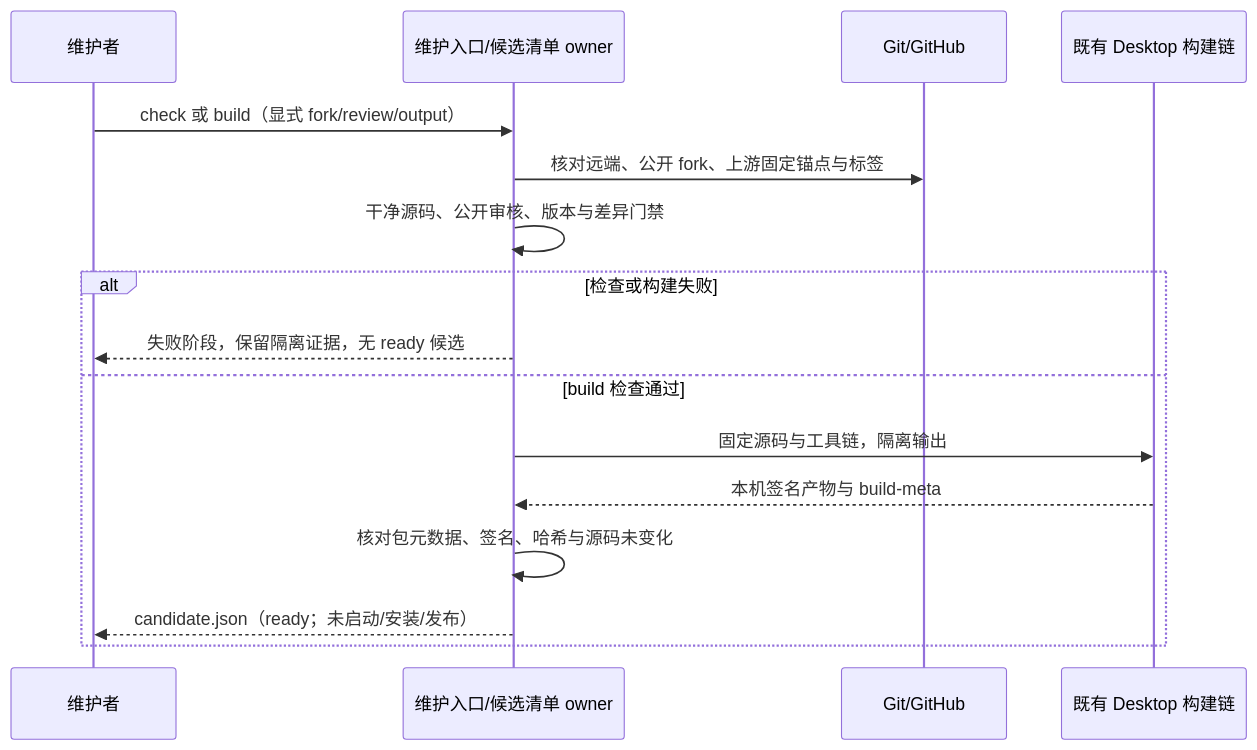
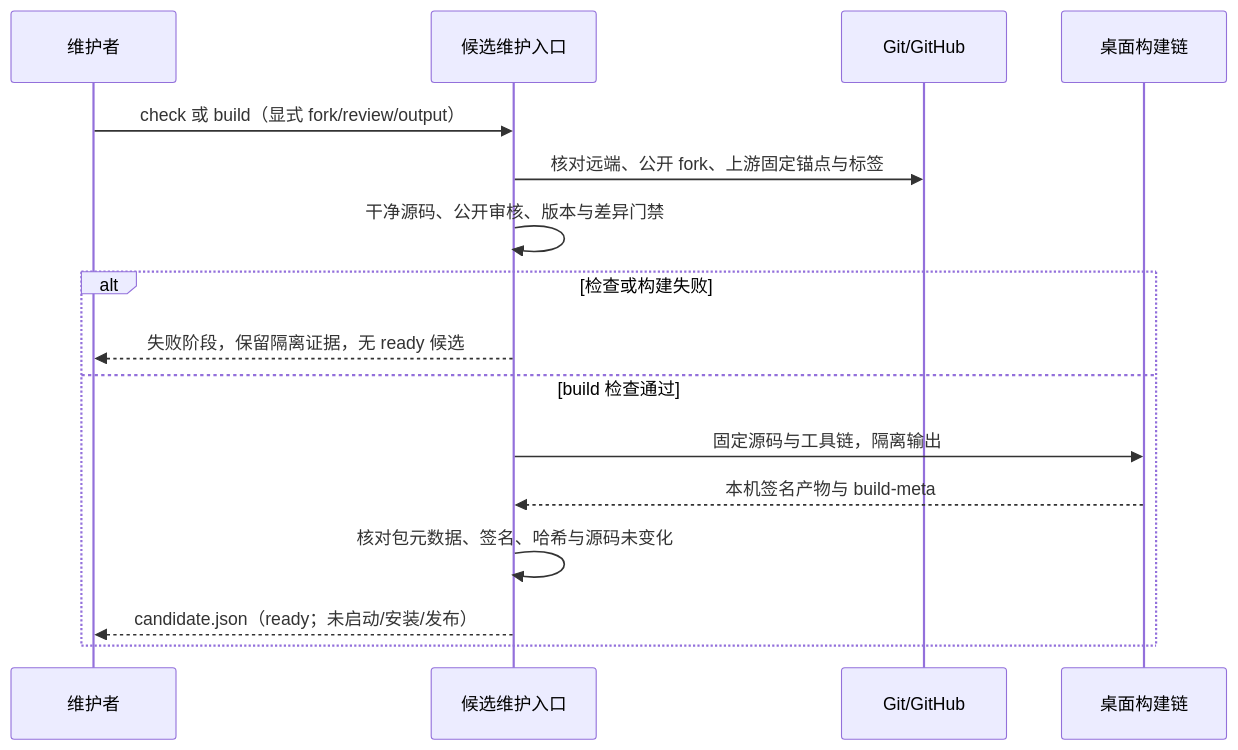
One commit to dengdz/ZCode changed the diagram in docs/issues/zcode-local/14-versioned-candidates.md. Above: the diagram before and after it, drawn with Mermaid. The commit also changed other lines of this file and 2 other files, not shown here.

````diff
--- a/docs/issues/zcode-local/14-versioned-candidates.md
+++ b/docs/issues/zcode-local/14-versioned-candidates.md
@@ -49,18 +49,18 @@
 ```mermaid
 sequenceDiagram
     participant U as 维护者
-    participant M as 维护入口/候选清单 owner
+    participant M as 候选维护入口
     participant G as Git/GitHub
-    participant B as 既有 Desktop 构建链
+    participant B as 桌面构建链
     U->>M: check 或 build（显式 fork/review/output）
     M->>G: 核对远端、公开 fork、上游固定锚点与标签
     M->>M: 干净源码、公开审核、版本与差异门禁
     alt 检查或构建失败
         M-->>U: 失败阶段，保留隔离证据，无 ready 候选
     else build 检查通过
         M->>B: 固定源码与工具链，隔离输出
         B-->>M: 本机签名产物与 build-meta
         M->>M: 核对包元数据、签名、哈希与源码未变化
         M-->>U: candidate.json（ready；未启动/安装/发布）
     end
 ```
````
